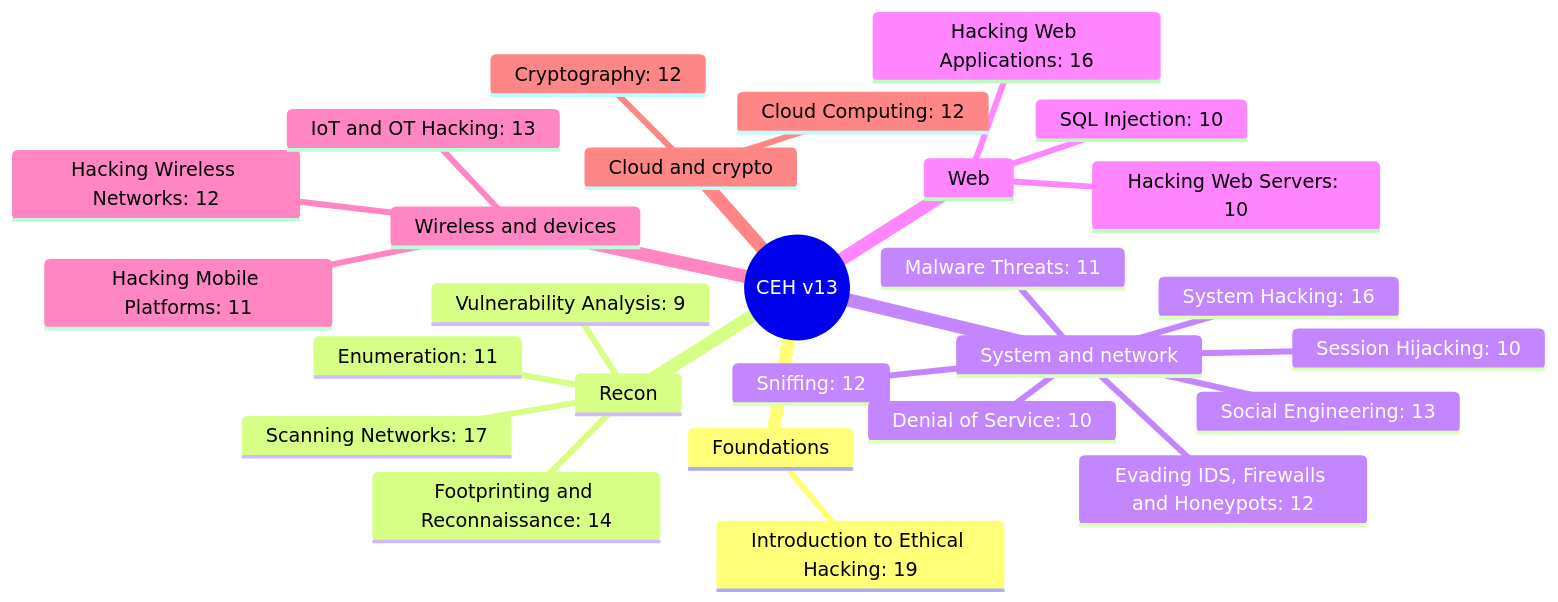
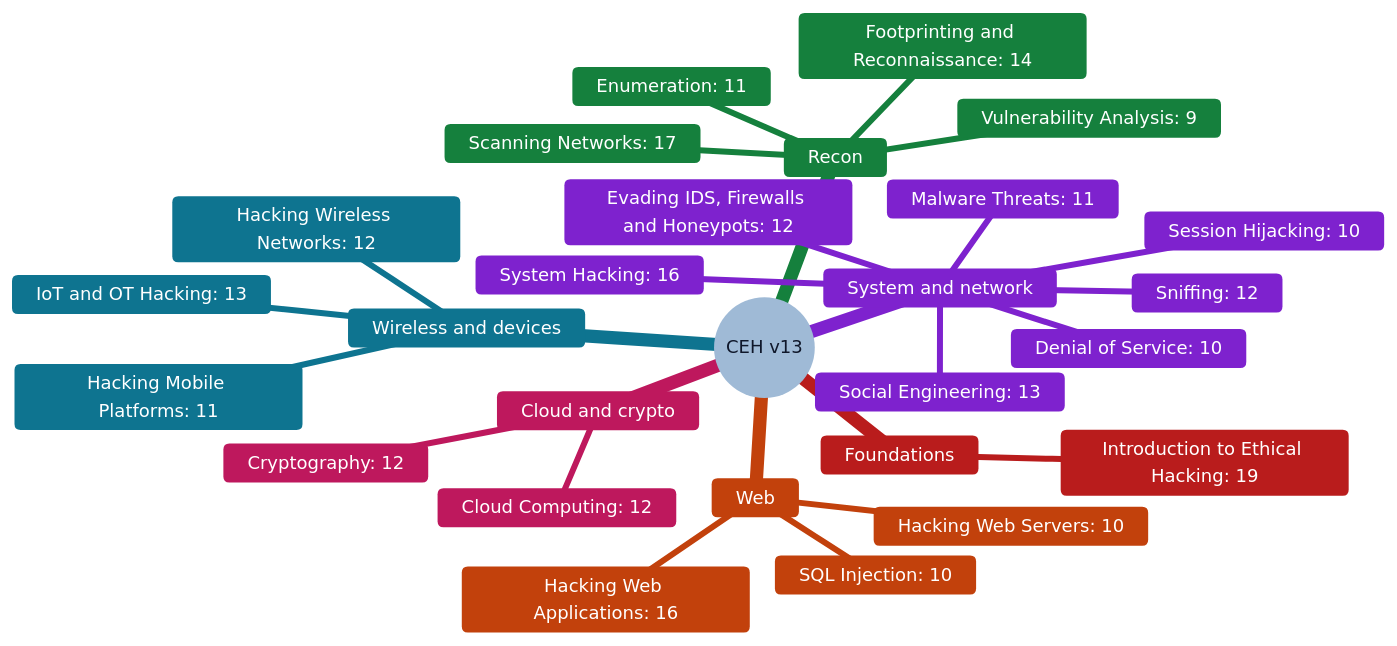
The diagram in README.md (7aaadfab-49b6-436f-9bae-2c0ec12aea99/ceh-revision), drawn with Mermaid before and after one commit.

Commit message:
Use a high-contrast mindmap palette for dark backgrounds

````diff
--- a/README.md
+++ b/README.md
@@ -7,30 +7,31 @@
 ```mermaid
+%%{init: {"theme": "base", "themeVariables": {"fontSize": "15px", "primaryColor": "#f8fafc", "primaryTextColor": "#0f172a", "primaryBorderColor": "#f8fafc", "lineColor": "#94a3b8", "cScale0": "#1d4ed8", "cScale1": "#b91c1c", "cScale2": "#15803d", "cScale3": "#7e22ce", "cScale4": "#c2410c", "cScale5": "#0e7490", "cScale6": "#be185d", "cScale7": "#a16207", "cScale8": "#4338ca", "cScale9": "#475569", "cScale10": "#0369a1", "cScale11": "#6d28d9", "cScaleLabel0": "#ffffff", "cScaleLabel1": "#ffffff", "cScaleLabel2": "#ffffff", "cScaleLabel3": "#ffffff", "cScaleLabel4": "#ffffff", "cScaleLabel5": "#ffffff", "cScaleLabel6": "#ffffff", "cScaleLabel7": "#ffffff", "cScaleLabel8": "#ffffff", "cScaleLabel9": "#ffffff", "cScaleLabel10": "#ffffff", "cScaleLabel11": "#ffffff"}}}%%
 mindmap
   root((CEH v13))
     Foundations
       Introduction to Ethical Hacking: 19
     Recon
       Footprinting and Reconnaissance: 14
       Scanning Networks: 17
       Enumeration: 11
       Vulnerability Analysis: 9
     System and network
       System Hacking: 16
       Malware Threats: 11
       Sniffing: 12
       Social Engineering: 13
       Denial of Service: 10
       Session Hijacking: 10
       Evading IDS, Firewalls and Honeypots: 12
     Web
       Hacking Web Servers: 10
       Hacking Web Applications: 16
       SQL Injection: 10
     Wireless and devices
       Hacking Wireless Networks: 12
       Hacking Mobile Platforms: 11
       IoT and OT Hacking: 13
     Cloud and crypto
       Cloud Computing: 12
       Cryptography: 12
 ```
````
